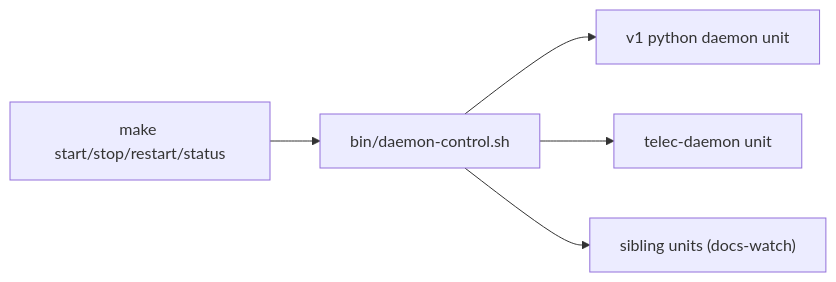
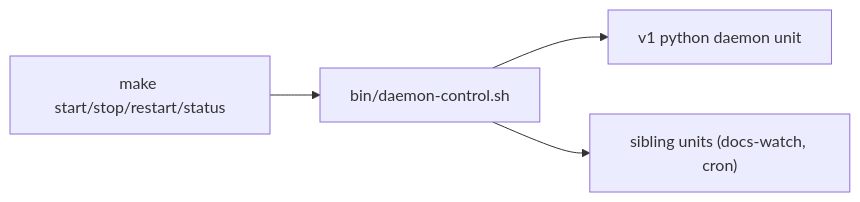
The second of 2 diagrams in docs/project/design/architecture-v2/daemon-runtime.md (InstruktAI/TeleClaude), drawn with Mermaid before and after one commit. The commit also changed other lines of this file and 126 other files, not shown here.

````diff
--- a/docs/project/design/architecture-v2/daemon-runtime.md
+++ b/docs/project/design/architecture-v2/daemon-runtime.md
@@ -141,7 +118,6 @@
 ```mermaid
 flowchart LR
     M["make start/stop/restart/status"] --> DC["bin/daemon-control.sh"]
     DC --> U1["v1 python daemon unit"]
-    DC --> U2["telec-daemon unit"]
-    DC --> U3["sibling units (docs-watch)"]
+    DC --> U2["sibling units (docs-watch, cron)"]
 ```
````
